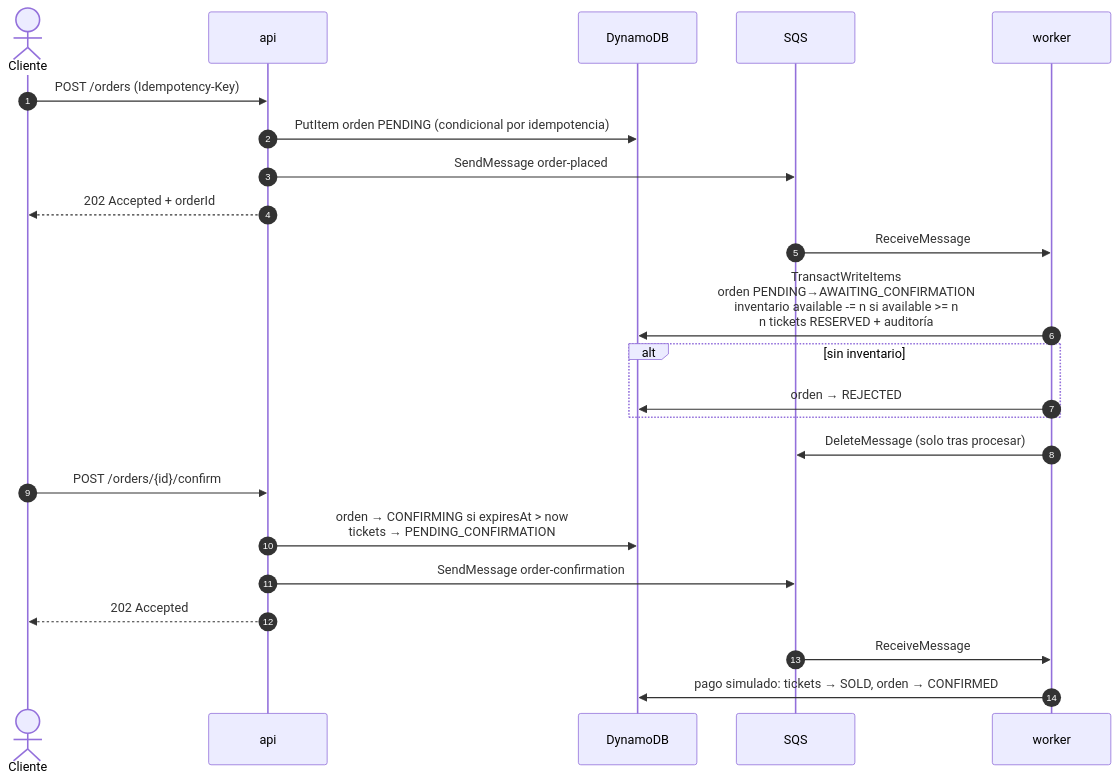
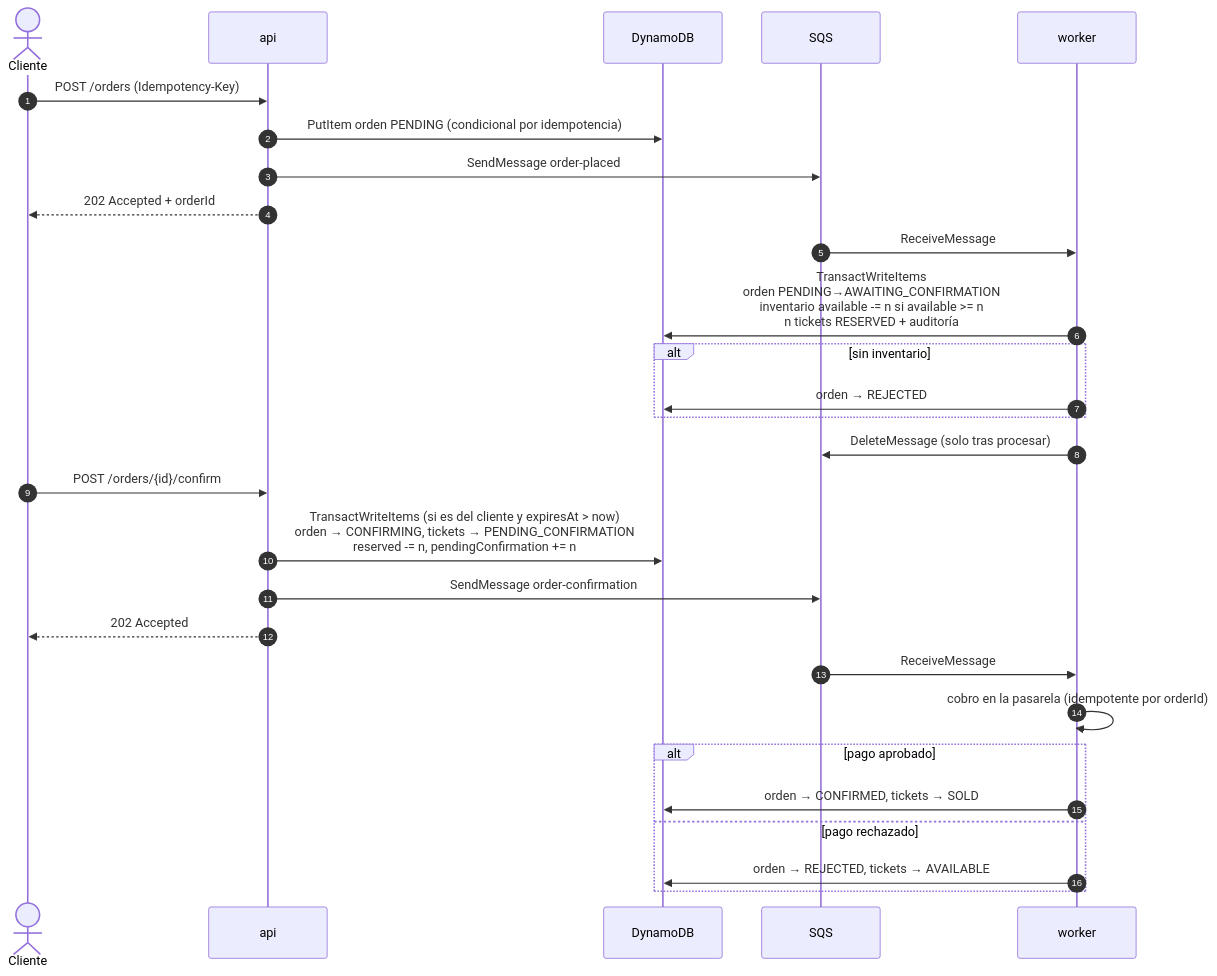
The fourth of 9 diagrams in README.md (juangrozo/ticket-sales-processor), drawn with Mermaid before and after one commit. The commit also changed other lines of this file, not shown here.

Commit message:
docs(readme): add sweeper, race and concurrency diagrams

````diff
--- a/README.md
+++ b/README.md
@@ -102,26 +107,31 @@
 ```mermaid
 sequenceDiagram
     autonumber
     actor C as Cliente
     participant A as api
     participant D as DynamoDB
     participant Q as SQS
     participant W as worker
 
     C->>A: POST /orders (Idempotency-Key)
     A->>D: PutItem orden PENDING (condicional por idempotencia)
     A->>Q: SendMessage order-placed
     A-->>C: 202 Accepted + orderId
     Q->>W: ReceiveMessage
     W->>D: TransactWriteItems<br/>orden PENDING→AWAITING_CONFIRMATION<br/>inventario available -= n si available >= n<br/>n tickets RESERVED + auditoría
     alt sin inventario
         W->>D: orden → REJECTED
     end
     W->>Q: DeleteMessage (solo tras procesar)
     C->>A: POST /orders/{id}/confirm
-    A->>D: orden → CONFIRMING si expiresAt > now<br/>tickets → PENDING_CONFIRMATION
+    A->>D: TransactWriteItems (si es del cliente y expiresAt > now)<br/>orden → CONFIRMING, tickets → PENDING_CONFIRMATION<br/>reserved -= n, pendingConfirmation += n
     A->>Q: SendMessage order-confirmation
     A-->>C: 202 Accepted
     Q->>W: ReceiveMessage
-    W->>D: pago simulado: tickets → SOLD, orden → CONFIRMED
+    W->>W: cobro en la pasarela (idempotente por orderId)
+    alt pago aprobado
+        W->>D: orden → CONFIRMED, tickets → SOLD
+    else pago rechazado
+        W->>D: orden → REJECTED, tickets → AVAILABLE
+    end
 ```
````
